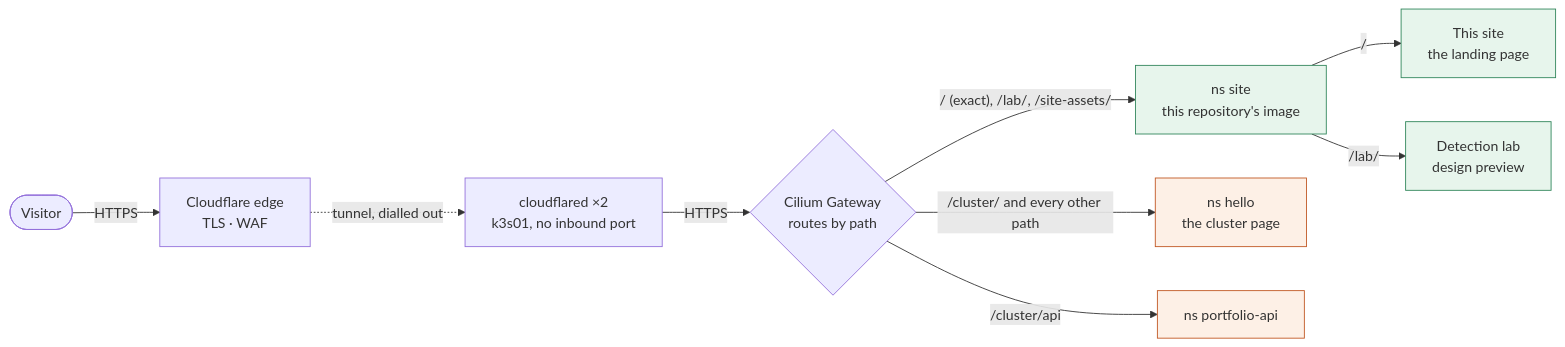
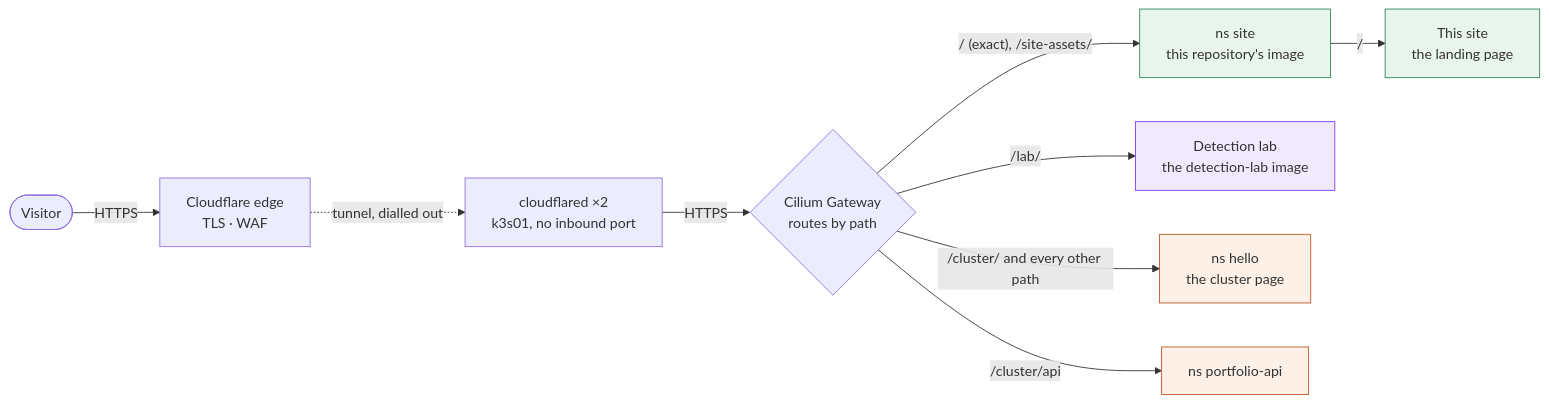
One commit to HubertMJ/hubertjablon.ski changed the first of 2 diagrams in README.md. Above: the diagram before and after it, drawn with Mermaid. The commit also changed other lines of this file and 4 other files, not shown here.

First line of the commit message:
Give the detection lab its own project colour in the way-in diagram

````diff
--- a/README.md
+++ b/README.md
@@ -23,15 +23,17 @@
 ```mermaid
 flowchart LR
     V([Visitor]) -- HTTPS --> CF["Cloudflare edge<br/>TLS · WAF"]
     CF -. tunnel, dialled out .-> CFD["cloudflared ×2<br/>k3s01, no inbound port"]
     CFD -- HTTPS --> GW{"Cilium Gateway<br/>routes by path"}
-    GW -- "/ (exact), /lab/, /site-assets/" --> SITE["ns site<br/>this repository's image"]
+    GW -- "/ (exact), /site-assets/" --> SITE["ns site<br/>this repository's image"]
     SITE -- "/" --> HOME["This site<br/>the landing page"]
-    SITE -- "/lab/" --> LAB["Detection lab<br/>design preview"]
+    GW -- "/lab/" --> LAB["Detection lab<br/>the detection-lab image"]
     GW -- "/cluster/ and every other path" --> HELLO["ns hello<br/>the cluster page"]
     GW -- "/cluster/api" --> API["ns portfolio-api"]
     classDef here fill:#e7f5ec,stroke:#2f855a;
     classDef other fill:#fdf0e6,stroke:#c05621;
-    class SITE,HOME,LAB here;
+    classDef lab fill:#f1e9fd,stroke:#7c3aed;
+    class SITE,HOME here;
     class HELLO,API other;
+    class LAB lab;
 ```
````
